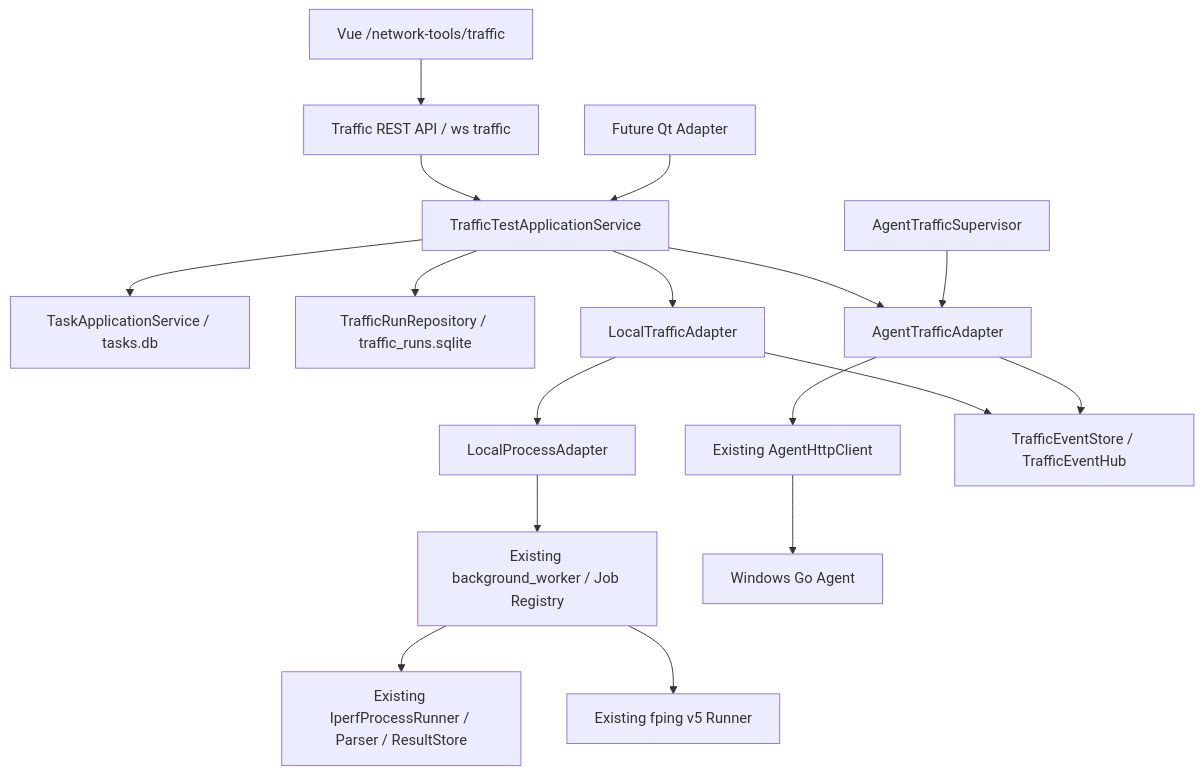
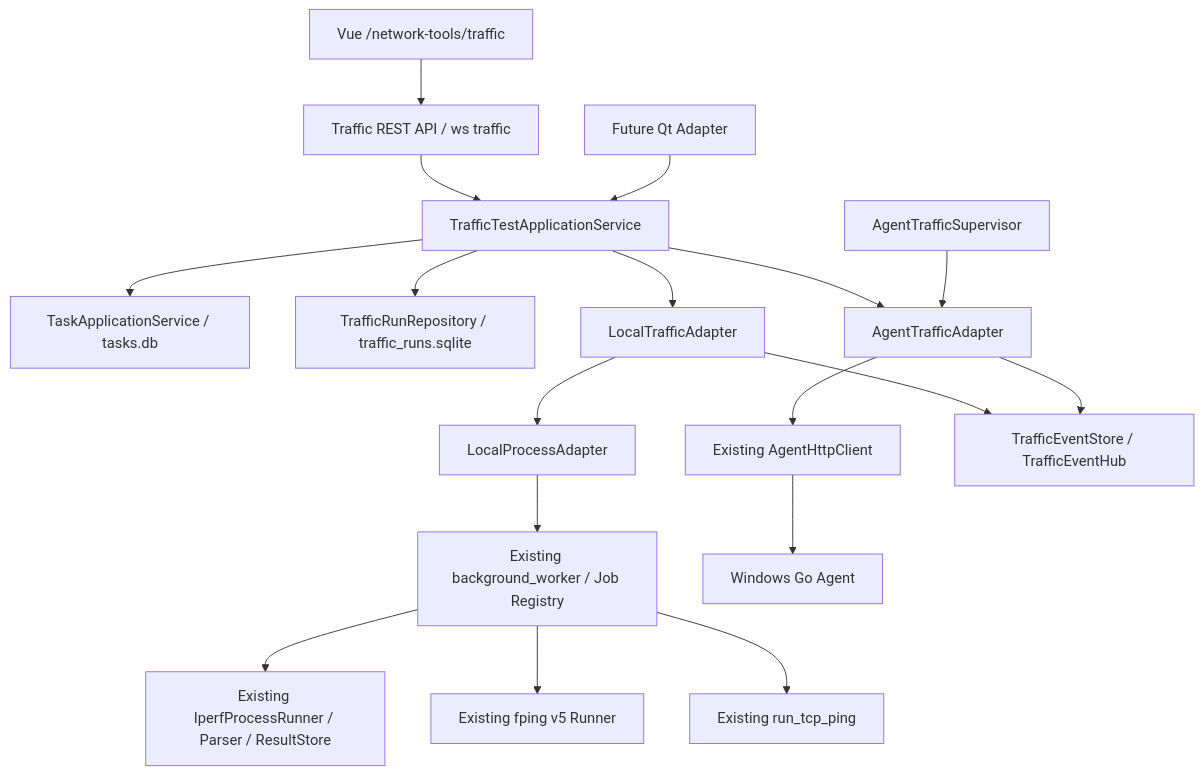
One commit to wxj183589/NetConsole changed the diagram in docs/TRAFFIC_TEST_ARCHITECTURE.md. Above: the diagram before and after it, drawn with Mermaid. The commit also changed other lines of this file and 31 other files, not shown here.

````diff
--- a/docs/TRAFFIC_TEST_ARCHITECTURE.md
+++ b/docs/TRAFFIC_TEST_ARCHITECTURE.md
@@ -15,19 +16,20 @@
 ```mermaid
 flowchart TD
     WEB["Vue /network-tools/traffic"] --> API["Traffic REST API / ws traffic"]
     API --> APP["TrafficTestApplicationService"]
     CALLER["Future Qt Adapter"] --> APP
     APP --> TASK["TaskApplicationService / tasks.db"]
     APP --> RUNS["TrafficRunRepository / traffic_runs.sqlite"]
     APP --> LOCAL["LocalTrafficAdapter"]
     APP --> REMOTE["AgentTrafficAdapter"]
     LOCAL --> HOST["LocalProcessAdapter"]
     HOST --> WORKER["Existing background_worker / Job Registry"]
     WORKER --> IRUN["Existing IperfProcessRunner / Parser / ResultStore"]
     WORKER --> FPING["Existing fping v5 Runner"]
+    WORKER --> TCP["Existing run_tcp_ping"]
     REMOTE --> CLIENT["Existing AgentHttpClient"]
     CLIENT --> AGENT["Windows Go Agent"]
     SUP["AgentTrafficSupervisor"] --> REMOTE
     LOCAL --> EVENTS["TrafficEventStore / TrafficEventHub"]
     REMOTE --> EVENTS
 ```
````
